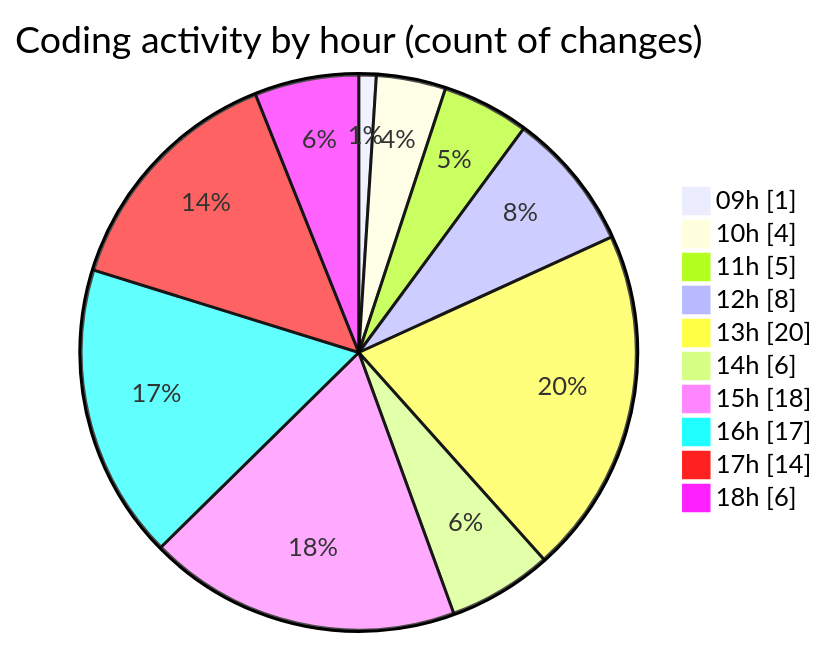
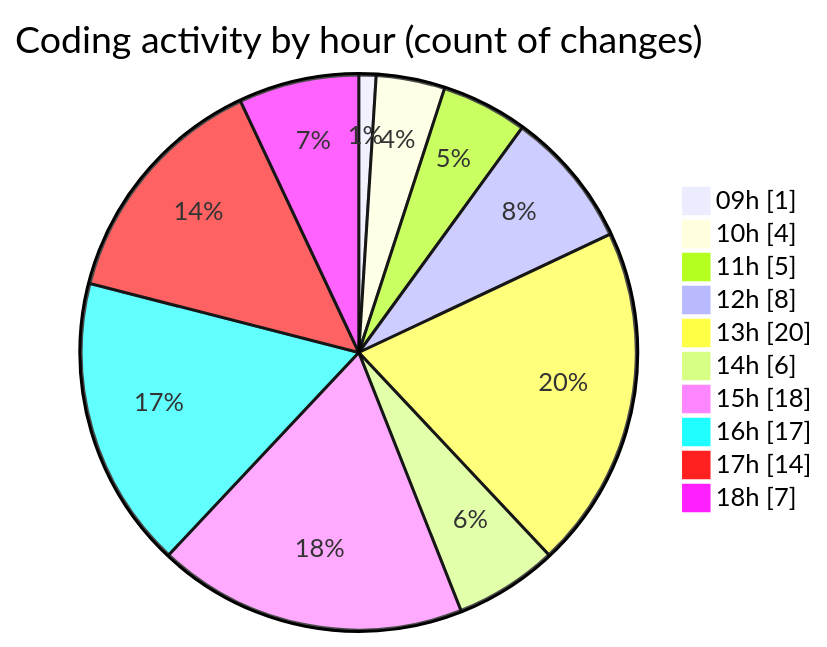
The second of 2 diagrams in 2025-02-24/cda/README.md (momahboobian/code-tracking), drawn with Mermaid before and after one commit. The commit also changed other lines of this file and 1 other file, not shown here.

````diff
--- a/2025-02-24/cda/README.md
+++ b/2025-02-24/cda/README.md
@@ -47,14 +47,14 @@
 ```mermaid
 pie showData
 title Coding activity by hour (count of changes)
 "09h" : 1
 "10h" : 4
 "11h" : 5
 "12h" : 8
 "13h" : 20
 "14h" : 6
 "15h" : 18
 "16h" : 17
 "17h" : 14
-"18h" : 6
+"18h" : 7
 ```
````
